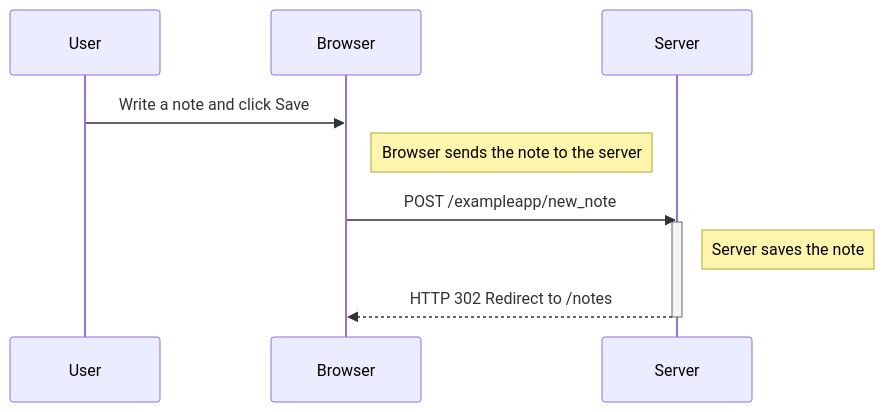
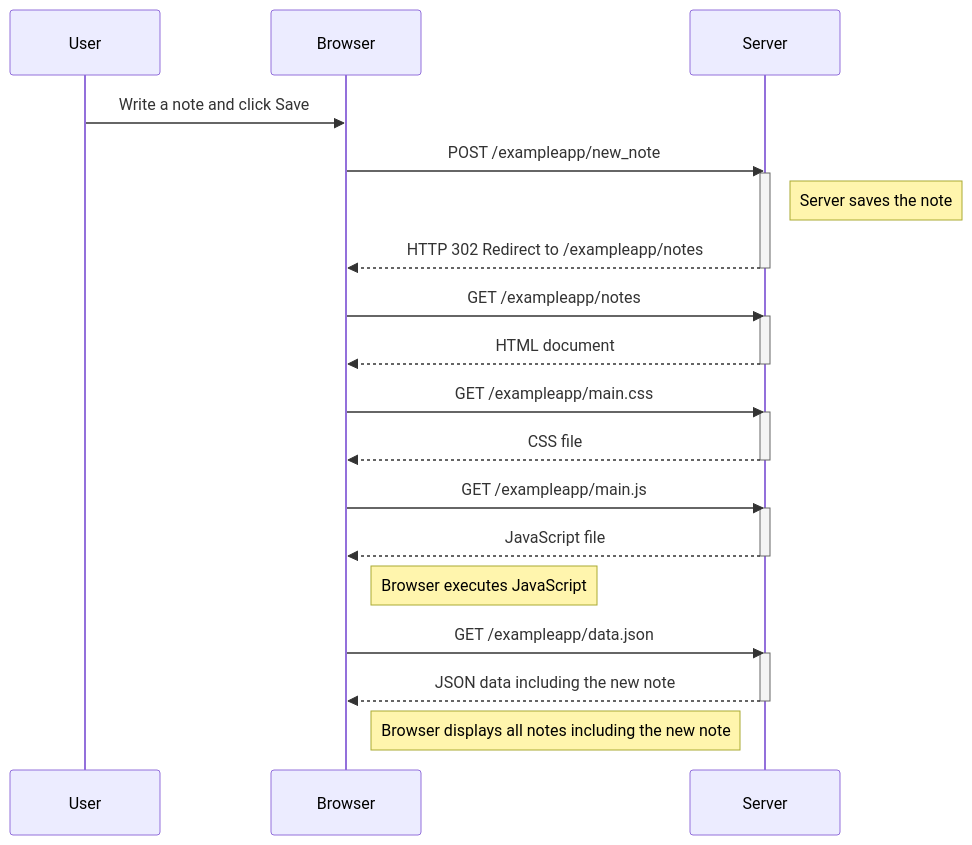
One commit to HeeSuung1235/fullstack changed the diagram in part0/ex_0.4.md. Above: the diagram before and after it, drawn with Mermaid. The commit also changed other lines of this file, not shown here.

Commit message:
com_2_ex_4

````diff
--- a/part0/ex_0.4.md
+++ b/part0/ex_0.4.md
@@ -1,16 +1,38 @@
 ```mermaid
+
 sequenceDiagram
-
     participant U as User
     participant B as Browser
     participant S as Server
 
     U->>B: Write a note and click Save
-    Note right of B: Browser sends the note to the server
-
     B->>S: POST /exampleapp/new_note
     activate S
     Note right of S: Server saves the note
-    S-->>B: HTTP 302 Redirect to /notes
+    S-->>B: HTTP 302 Redirect to /exampleapp/notes
     deactivate S
+
+    B->>S: GET /exampleapp/notes
+    activate S
+    S-->>B: HTML document
+    deactivate S
+
+    B->>S: GET /exampleapp/main.css
+    activate S
+    S-->>B: CSS file
+    deactivate S
+
+    B->>S: GET /exampleapp/main.js
+    activate S
+    S-->>B: JavaScript file
+    deactivate S
+
+    Note right of B: Browser executes JavaScript
+
+    B->>S: GET /exampleapp/data.json
+    activate S
+    S-->>B: JSON data including the new note
+    deactivate S
+
+    Note right of B: Browser displays all notes including the new note
 ```
````
